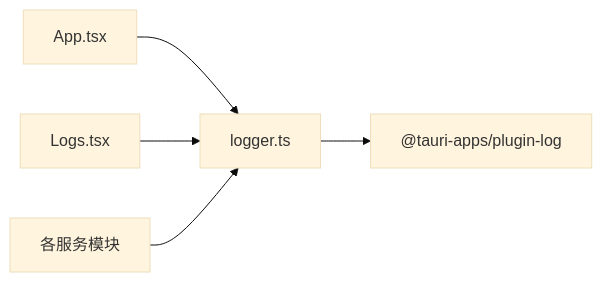
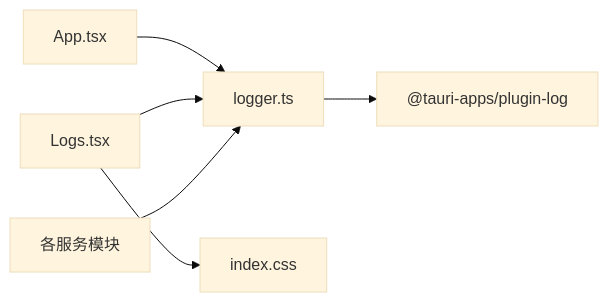
One commit to yn-zxj/Assetly changed the fifth of 5 diagrams in .qoder/repowiki/zh/content/系统集成/日志系统.md. Above: the diagram before and after it, drawn with Mermaid (base theme). The commit also changed other lines of this file and 9 other files, not shown here.

````diff
--- a/.qoder/repowiki/zh/content/系统集成/日志系统.md
+++ b/.qoder/repowiki/zh/content/系统集成/日志系统.md
@@ -247,7 +295,8 @@
 ```mermaid
 graph LR
 App["App.tsx"] --> Logger["logger.ts"]
 Logs["Logs.tsx"] --> Logger
+Logs --> Styles["index.css"]
 Logger --> Plugin["@tauri-apps/plugin-log"]
 Services["各服务模块"] --> Logger
 ```
````
